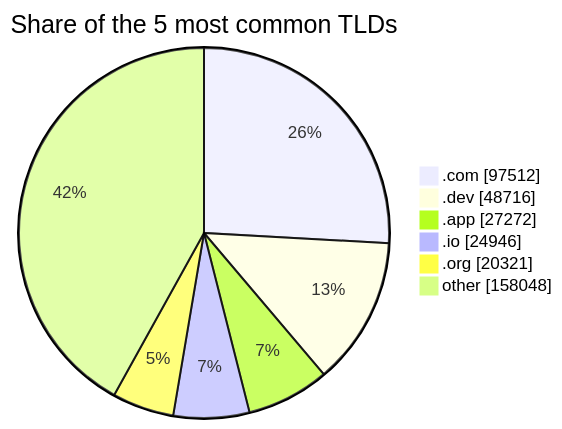
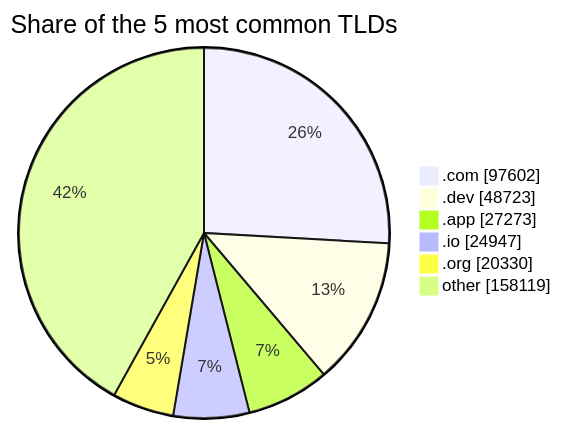
Before and after one commit to DNSBunker/CTI: the third of 3 diagrams in README.md, drawn with Mermaid. The commit also changed other lines of this file and 3 other files, not shown here.

````diff
--- a/README.md
+++ b/README.md
@@ -81,9 +81,9 @@
 ```mermaid
 pie showData title Share of the 5 most common TLDs
-    ".com" : 97512
-    ".dev" : 48716
-    ".app" : 27272
-    ".io" : 24946
-    ".org" : 20321
-    "other" : 158048
+    ".com" : 97602
+    ".dev" : 48723
+    ".app" : 27273
+    ".io" : 24947
+    ".org" : 20330
+    "other" : 158119
 ```
````
